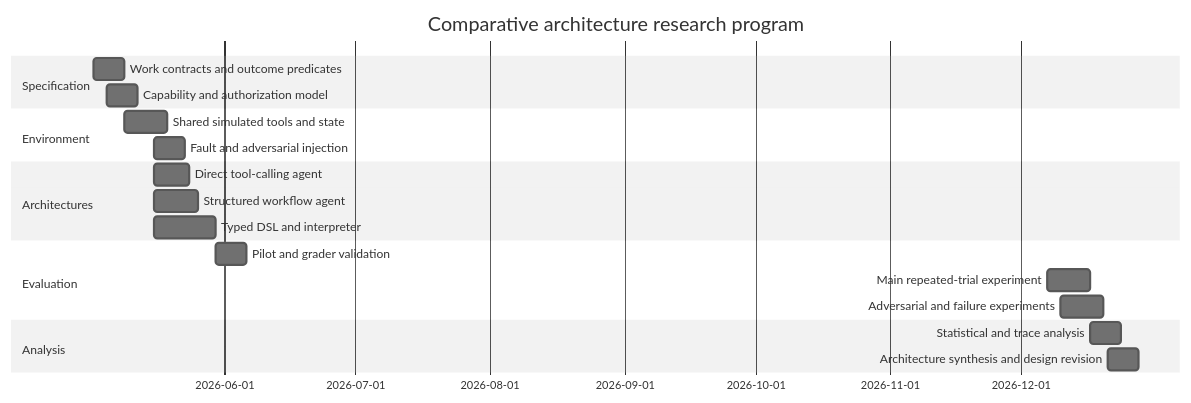
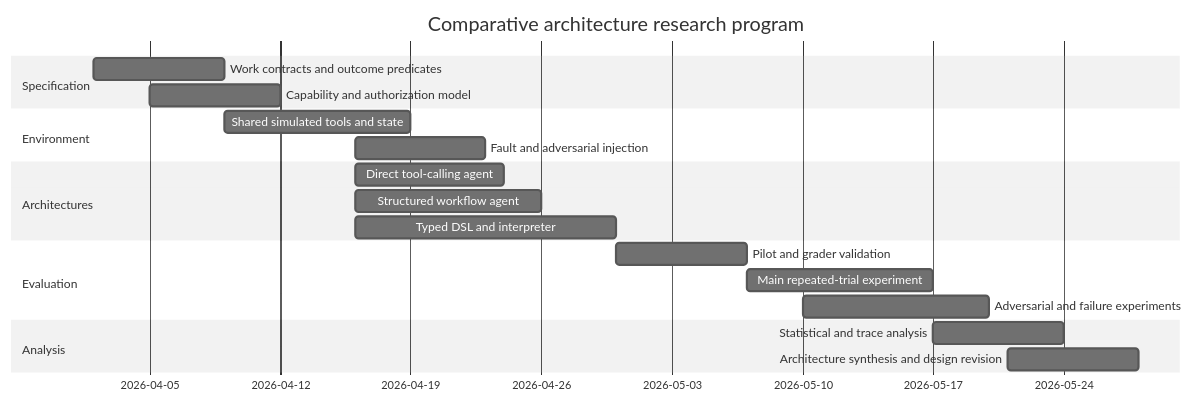
Before and after one commit to valeryTech/valerytech.github.io: the third of 3 diagrams in content/ai/design-research/input/reports/general-conceptual-design-model-for-llm-software-systems.md, drawn with Mermaid (neutral theme). The commit also changed other lines of this file and 533 other files, not shown here.

````diff
--- a/content/ai/design-research/input/reports/general-conceptual-design-model-for-llm-software-systems.md
+++ b/content/ai/design-research/input/reports/general-conceptual-design-model-for-llm-software-systems.md
@@ -761,27 +763,27 @@
 ```mermaid
 gantt
     title Comparative architecture research program
     dateFormat YYYY-MM-DD
 
     section Specification
-    Work contracts and outcome predicates       :a1, 2026-05-02, 7d
-    Capability and authorization model           :a2, 2026-05-05, 7d
+    Work contracts and outcome predicates       :a1, 2026-04-02, 7d
+    Capability and authorization model           :a2, 2026-04-05, 7d
 
     section Environment
-    Shared simulated tools and state             :b1, 2026-05-09, 10d
-    Fault and adversarial injection              :b2, 2026-05-16, 7d
+    Shared simulated tools and state             :b1, 2026-04-09, 10d
+    Fault and adversarial injection              :b2, 2026-04-16, 7d
 
     section Architectures
-    Direct tool-calling agent                    :c1, 2026-05-16, 8d
-    Structured workflow agent                    :c2, 2026-05-16, 10d
-    Typed DSL and interpreter                    :c3, 2026-05-16, 14d
+    Direct tool-calling agent                    :c1, 2026-04-16, 8d
+    Structured workflow agent                    :c2, 2026-04-16, 10d
+    Typed DSL and interpreter                    :c3, 2026-04-16, 14d
 
     section Evaluation
-    Pilot and grader validation                  :d1, 2026-05-30, 7d
-    Main repeated-trial experiment               :d2, 2026-12-07, 10d
-    Adversarial and failure experiments          :d3, 2026-12-10, 10d
+    Pilot and grader validation                  :d1, 2026-04-30, 7d
+    Main repeated-trial experiment               :d2, 2026-05-07, 10d
+    Adversarial and failure experiments          :d3, 2026-05-10, 10d
 
     section Analysis
-    Statistical and trace analysis               :e1, 2026-12-17, 7d
-    Architecture synthesis and design revision   :e2, 2026-12-21, 7d
+    Statistical and trace analysis               :e1, 2026-05-17, 7d
+    Architecture synthesis and design revision   :e2, 2026-05-21, 7d
 ```
````
